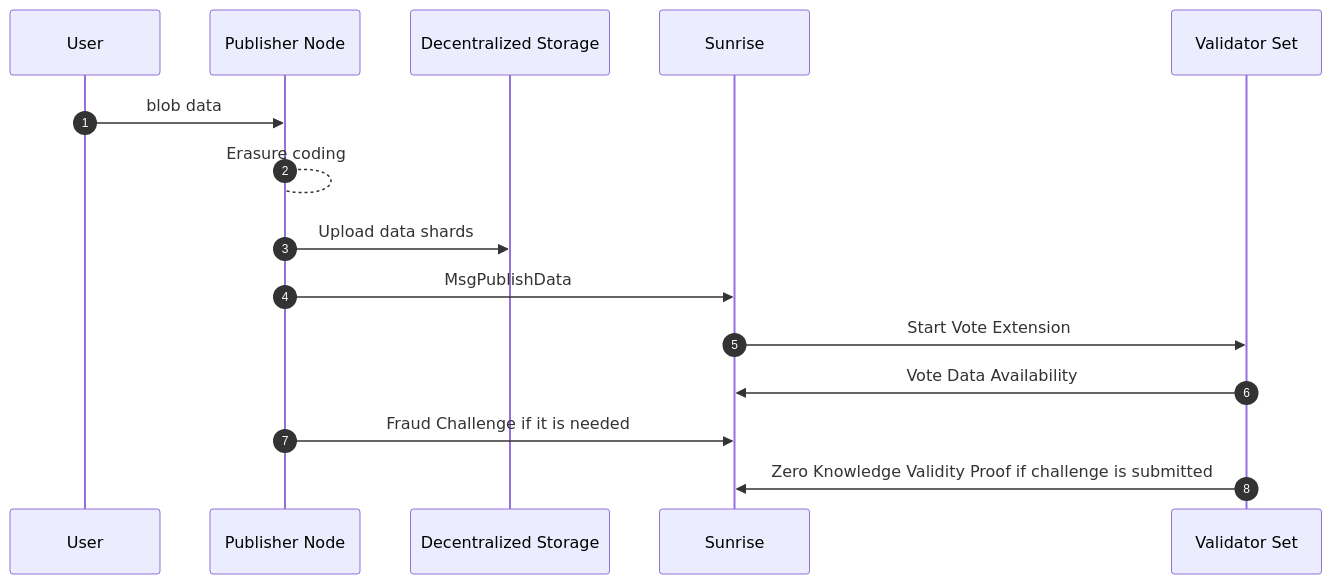
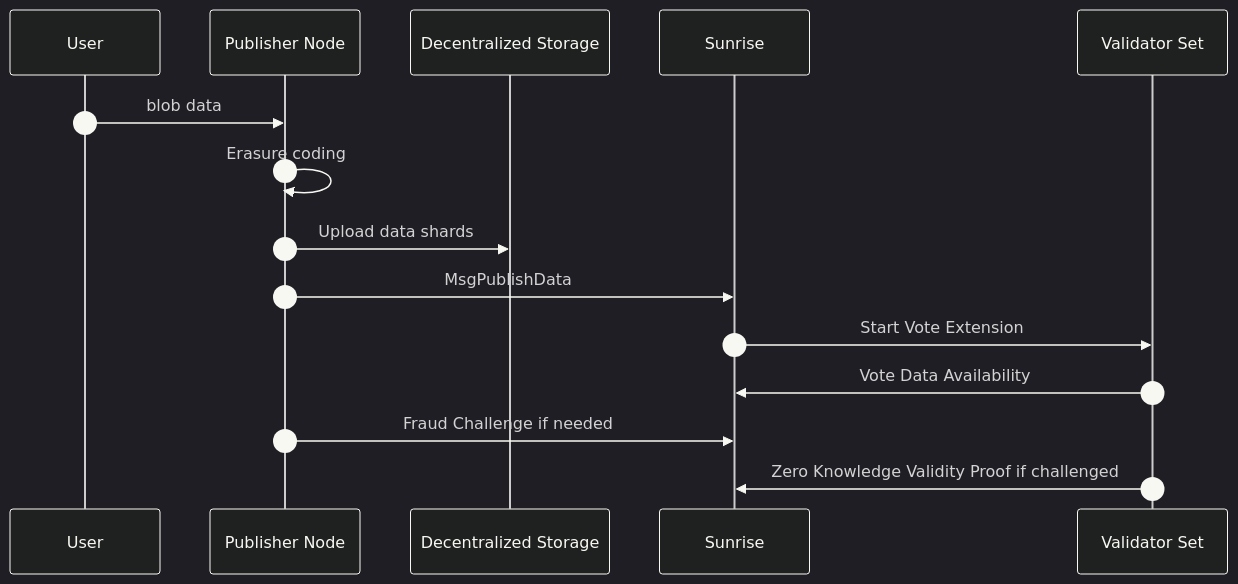
Before and after one commit to sunriselayer/gitbook: the second of 2 diagrams in learn/sunrise/data-availability.md, drawn with Mermaid. The commit also changed other lines of this file, not shown here.

````diff
--- a/learn/sunrise/data-availability.md
+++ b/learn/sunrise/data-availability.md
@@ -118,12 +118,23 @@
 ```mermaid
+%%{init: {"theme": "dark", "themeVariables": {
+  "primaryColor": "#22223b",
+  "primaryTextColor": "#f8f8f2",
+  "lineColor": "#f8f8f2",
+  "textColor": "#f8f8f2",
+  "actorBorder": "#f8f8f2",
+  "actorTextColor": "#f8f8f2",
+  "sequenceNumberColor": "#f8f8f2",
+  "messageTextColor": "#f8f8f2",
+  "signalColor": "#f8f8f2"
+}}}%%
 sequenceDiagram
     autonumber
-    User ->> Publisher Node: blob data
-    Publisher Node --> Publisher Node: Erasure coding
-    Publisher Node ->> Decentralized Storage: Upload data shards
-    Publisher Node ->> Sunrise: MsgPublishData
-    Sunrise ->> Validator Set: Start Vote Extension
-    Validator Set ->> Sunrise: Vote Data Availability
-    Publisher Node ->> Sunrise: Fraud Challenge if it is needed
-    Validator Set ->> Sunrise: Zero Knowledge Validity Proof if challenge is submitted
+    User->>Publisher Node: blob data
+    Publisher Node->>Publisher Node: Erasure coding
+    Publisher Node->>Decentralized Storage: Upload data shards
+    Publisher Node->>Sunrise: MsgPublishData
+    Sunrise->>Validator Set: Start Vote Extension
+    Validator Set->>Sunrise: Vote Data Availability
+    Publisher Node->>Sunrise: Fraud Challenge if needed
+    Validator Set->>Sunrise: Zero Knowledge Validity Proof if challenged
 ```
````
